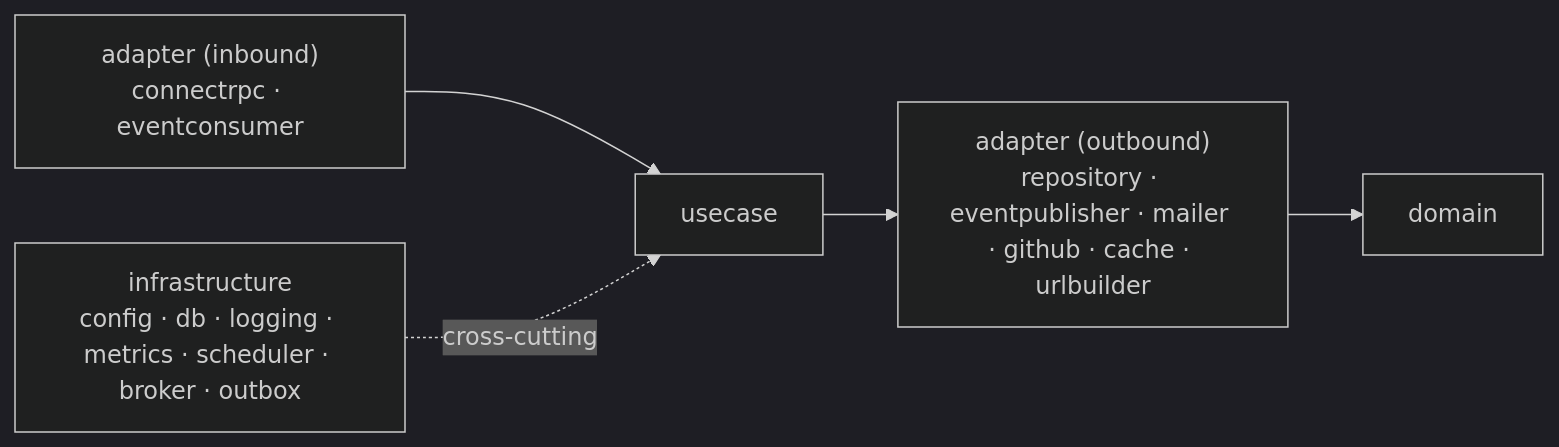
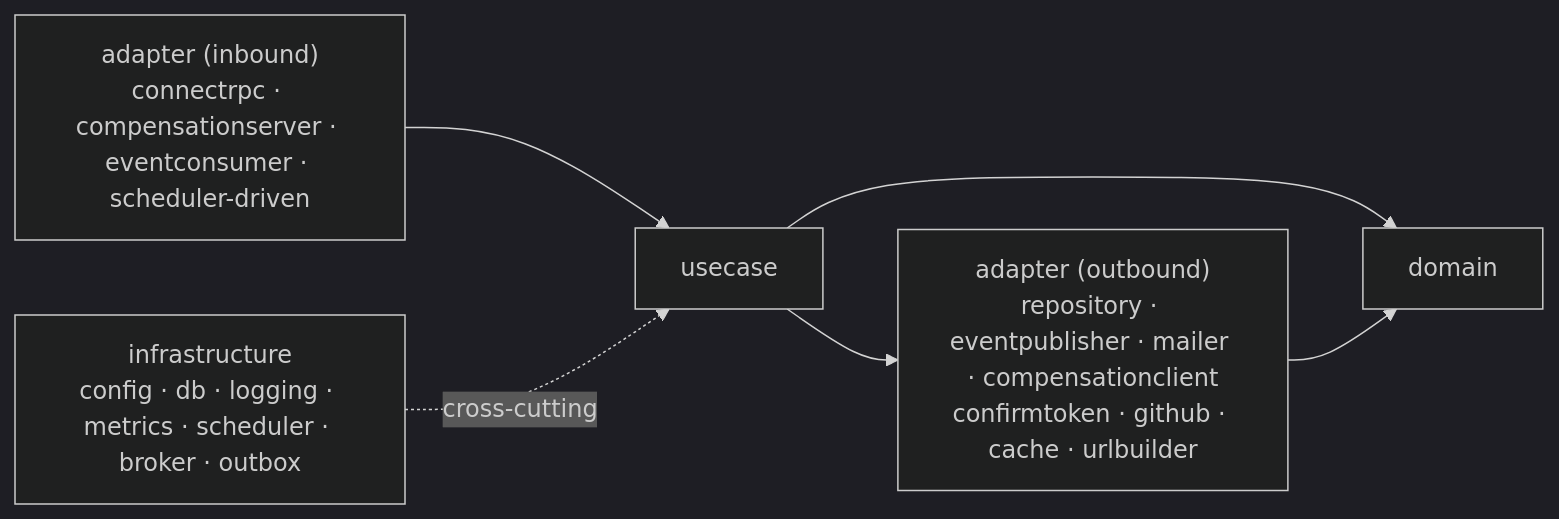
Before and after one commit to GenesisEducationKyiv/software-engineering-school-6-0-mzabrodin: the diagram in docs/adr/008-hexagonal-architecture.md, drawn with Mermaid (dark theme). The commit also changed other lines of this file, not shown here.

Commit message:
docs(adr): update hexagonal architecture diagram and component descriptions for saga compensation

````diff
--- a/docs/adr/008-hexagonal-architecture.md
+++ b/docs/adr/008-hexagonal-architecture.md
@@ -29,7 +29,8 @@
 ```mermaid
 flowchart LR
-    Inbound["adapter (inbound)<br/>connectrpc · eventconsumer"] --> UseCase[usecase]
-    UseCase --> Outbound["adapter (outbound)<br/>repository · eventpublisher · mailer · github · cache · urlbuilder"]
-    Outbound --> Domain[domain]
-    Infra["infrastructure<br/>config · db · logging · metrics · scheduler · broker · outbox"] -.cross-cutting.-> UseCase
+    Inbound["adapter (inbound)<br/>connectrpc · compensationserver · eventconsumer · scheduler-driven"] --> UseCase[usecase]
+    UseCase --> Outbound["adapter (outbound)<br/>repository · eventpublisher · mailer · compensationclient<br/>confirmtoken · github · cache · urlbuilder"]
+    UseCase --> Domain[domain]
+    Outbound --> Domain
+    Infra["infrastructure<br/>config · db · logging · metrics · scheduler · broker · outbox"] -.->|"cross-cutting"| UseCase
 ```
````
